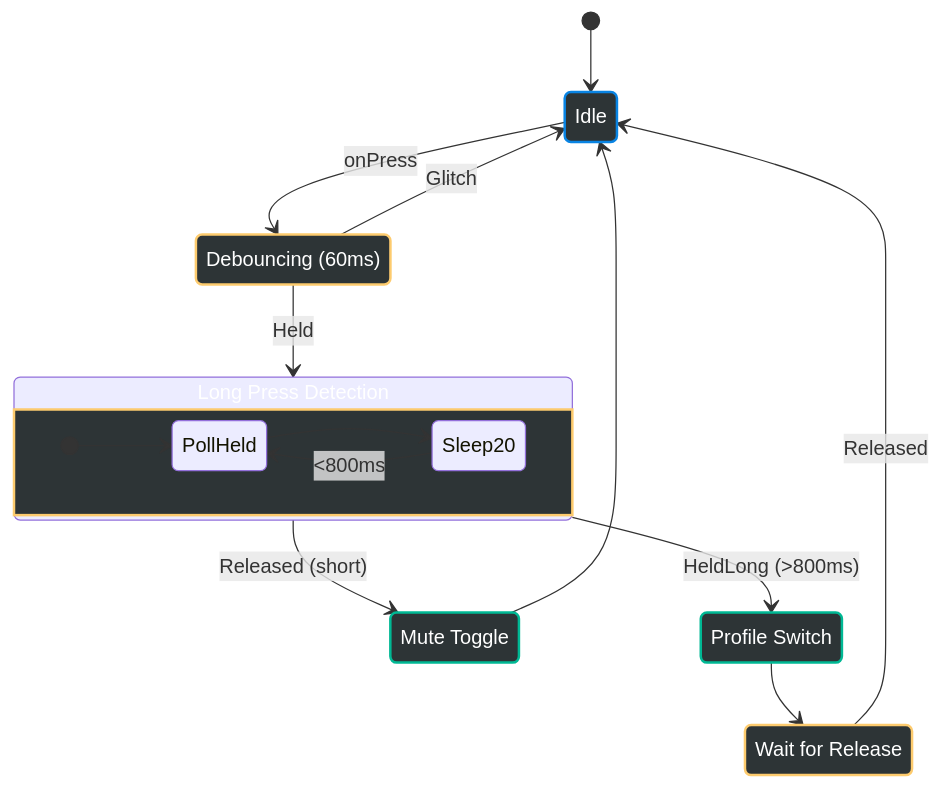
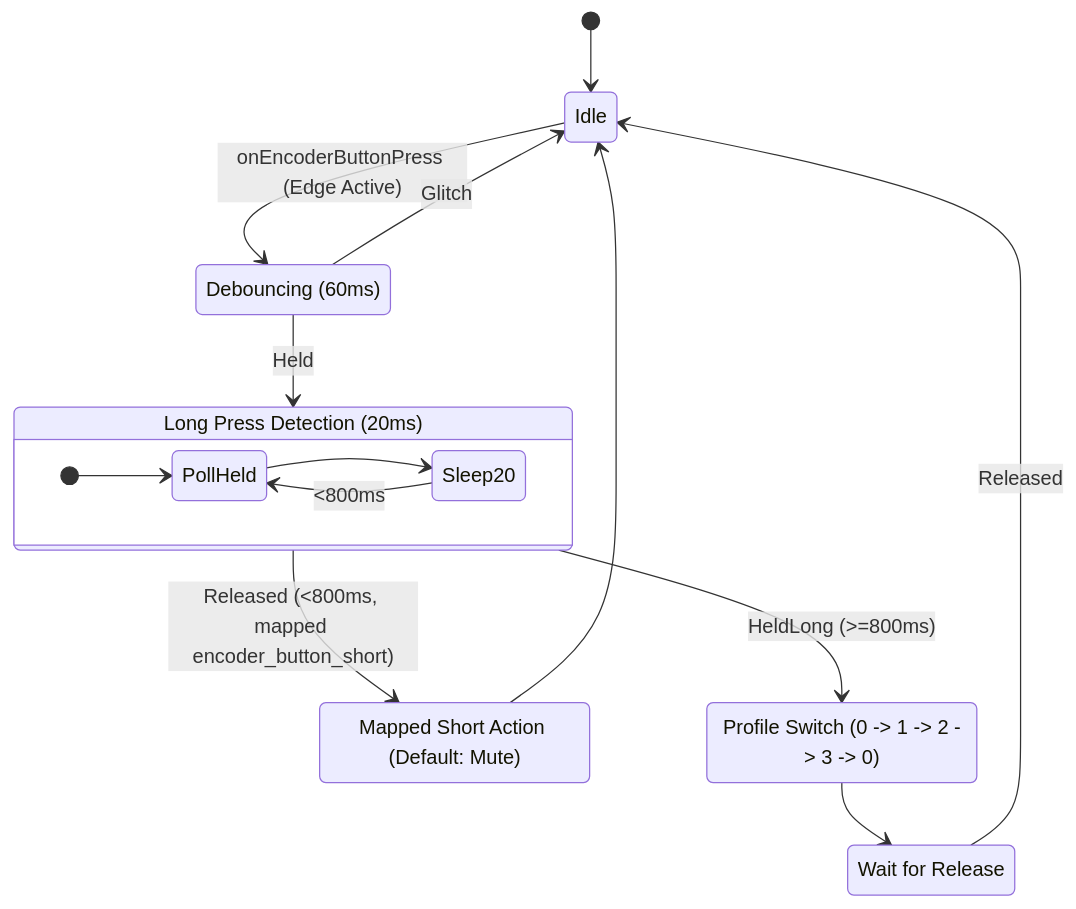
Before and after one commit to arunj123/nrf52840-cam-remote: the second of 2 diagrams in docs/gesture_logic.md, drawn with Mermaid. The commit also changed other lines of this file and 35 other files, not shown here.

````diff
--- a/docs/gesture_logic.md
+++ b/docs/gesture_logic.md
@@ -76,41 +66,34 @@
 ```mermaid
 stateDiagram-v2
     direction TB
 
     classDef idle fill:#2d3436,stroke:#0984e3,stroke-width:2px,color:#fff
     classDef proc fill:#2d3436,stroke:#fdcb6e,stroke-width:2px,color:#fff
     classDef act fill:#2d3436,stroke:#00b894,stroke-width:2px,color:#fff
 
     [*] --> Idle
-    Idle --> E_Debounce : onPress
+    Idle --> E_Debounce : onEncoderButtonPress (Edge Active)
 
     state "Debouncing (60ms)" as E_Debounce
     E_Debounce --> Idle : Glitch
     E_Debounce --> E_Poll : Held
 
-    state "Long Press Detection" as E_Poll {
+    state "Long Press Detection (20ms)" as E_Poll {
         direction LR
         [*] --> PollHeld
         PollHeld --> Sleep20
         Sleep20 --> PollHeld : <800ms
     }
 
-    E_Poll --> E_Mute : Released (short)
-    E_Poll --> E_ProfileSwitch : HeldLong (>800ms)
+    E_Poll --> E_ShortAction : Released (<800ms, mapped encoder_button_short)
+    E_Poll --> E_ProfileSwitch : HeldLong (>=800ms)
 
-    state "Mute Toggle" as E_Mute
-    E_Mute --> Idle
+    state "Mapped Short Action (Default: Mute)" as E_ShortAction
+    E_ShortAction --> Idle
 
-    state "Profile Switch" as E_ProfileSwitch
+    state "Profile Switch (0 -> 1 -> 2 -> 3 -> 0)" as E_ProfileSwitch
     E_ProfileSwitch --> E_WaitRel
 
     state "Wait for Release" as E_WaitRel
     E_WaitRel --> Idle : Released
-
-    class Idle idle
-    class E_Debounce proc
-    class E_Poll proc
-    class E_Mute act
-    class E_ProfileSwitch act
-    class E_WaitRel proc
 ```
````
